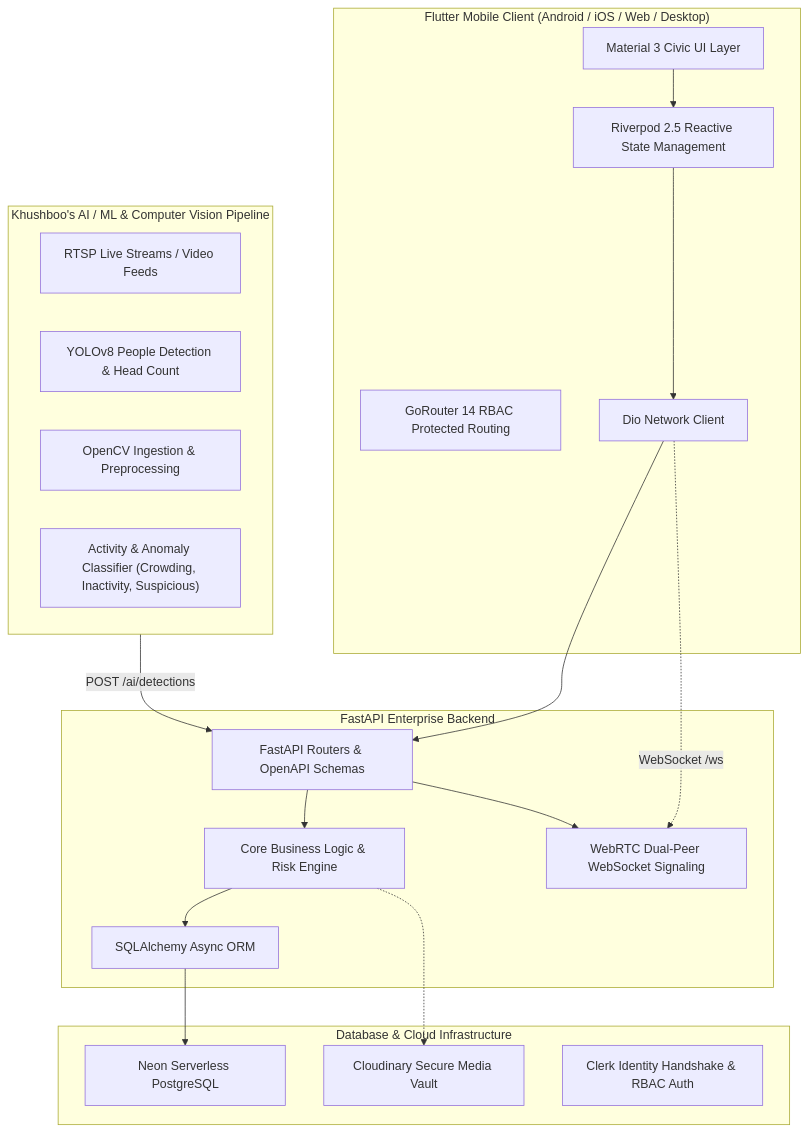
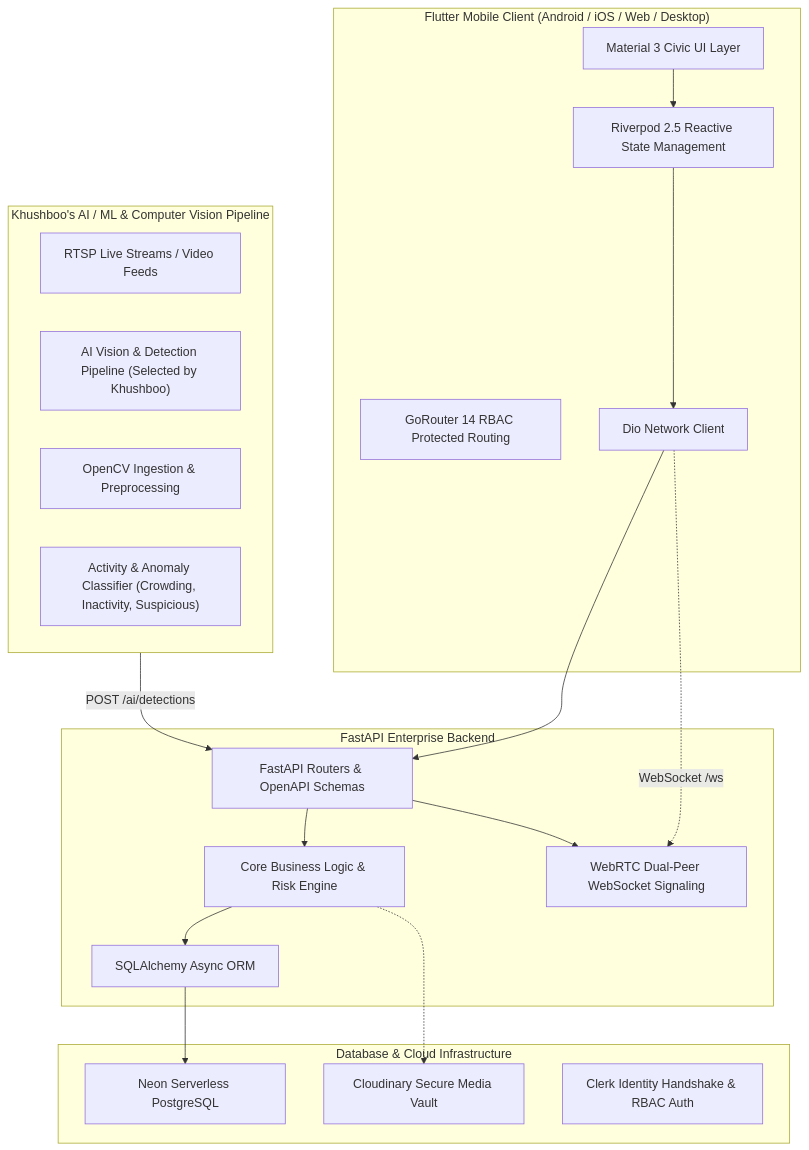
The diagram in README.md (imyagyeshsingh/Dosje-SIH-Project), drawn with Mermaid before and after one commit. The commit also changed other lines of this file, not shown here.

Commit message:
docs: generalize AI model references so Khushboo has complete flexibility to choose her models

````diff
--- a/README.md
+++ b/README.md
@@ -19,37 +19,37 @@
 ```mermaid
 graph TD
     subgraph Mobile_Client["Flutter Mobile Client (Android / iOS / Web / Desktop)"]
         UI["Material 3 Civic UI Layer"]
         Riverpod["Riverpod 2.5 Reactive State Management"]
         GoRouter["GoRouter 14 RBAC Protected Routing"]
         DioClient["Dio Network Client"]
     end
 
     subgraph Backend_Services["FastAPI Enterprise Backend"]
         Routers["FastAPI Routers & OpenAPI Schemas"]
         Services["Core Business Logic & Risk Engine"]
         WebSocketSignaling["WebRTC Dual-Peer WebSocket Signaling"]
         SQLAlchemy["SQLAlchemy Async ORM"]
     end
 
     subgraph Khushboo_AI["Khushboo's AI / ML & Computer Vision Pipeline"]
         RTSP["RTSP Live Streams / Video Feeds"]
-        YOLO["YOLOv8 People Detection & Head Count"]
+        AI_MODEL["AI Vision & Detection Pipeline (Selected by Khushboo)"]
         OpenCV["OpenCV Ingestion & Preprocessing"]
         Classifier["Activity & Anomaly Classifier (Crowding, Inactivity, Suspicious)"]
     end
 
     subgraph External_Cloud["Database & Cloud Infrastructure"]
         Neon["Neon Serverless PostgreSQL"]
         Cloudinary["Cloudinary Secure Media Vault"]
         Clerk["Clerk Identity Handshake & RBAC Auth"]
     end
 
     UI --> Riverpod --> DioClient
     DioClient --> Routers
     Khushboo_AI -->|POST /ai/detections| Routers
     Routers --> Services --> SQLAlchemy --> Neon
     Routers --> WebSocketSignaling
     DioClient -.->|WebSocket /ws| WebSocketSignaling
     Services -.-> Cloudinary
 ```
````
